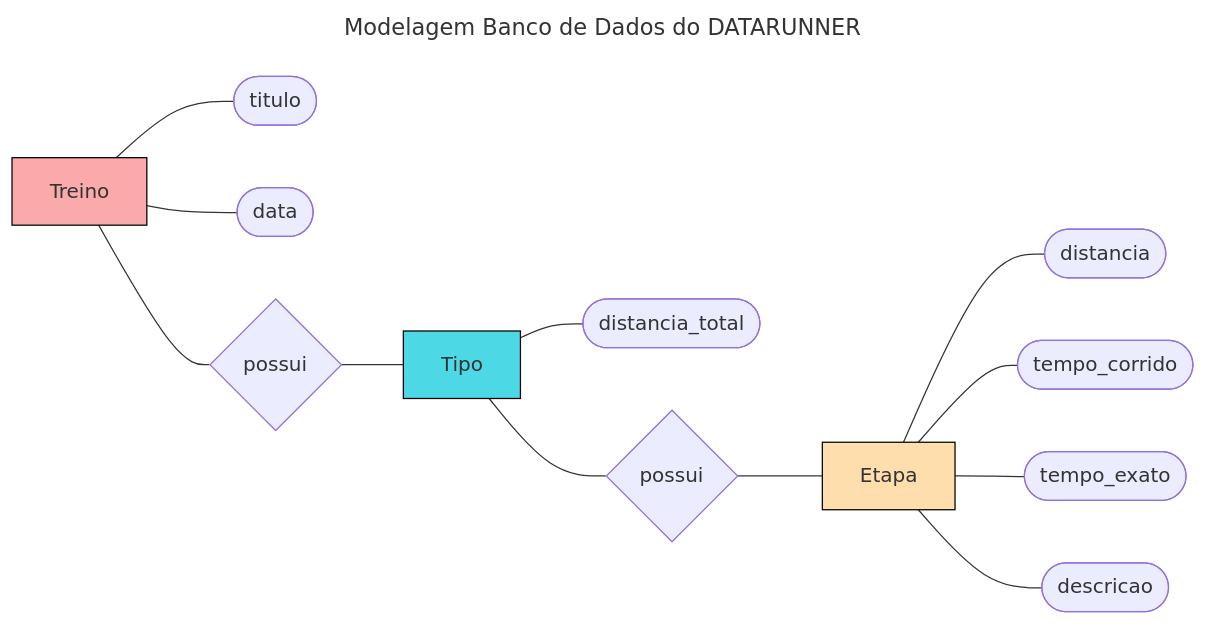
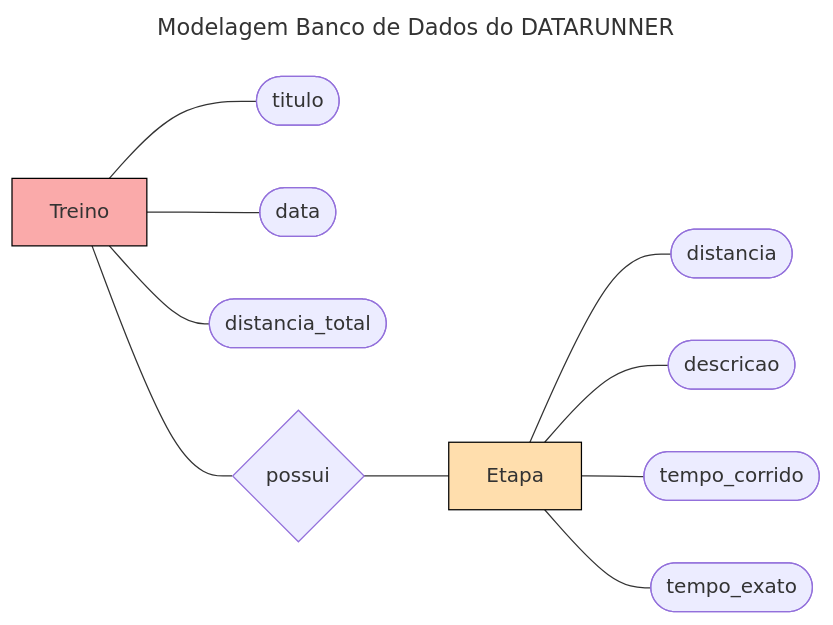
Before and after one commit to CarlosG18/datarunner: the diagram in backend/backend.md, drawn with Mermaid. The commit also changed other lines of this file and 13 other files, not shown here.

````diff
--- a/backend/backend.md
+++ b/backend/backend.md
@@ -49,41 +50,35 @@
 ```mermaid
 ---
 title: Modelagem Banco de Dados do DATARUNNER
 ---
 flowchart LR
     Treino
     titulo([titulo])
     data([data])
+    distancia_total([distancia_total])
     
     Treino --- titulo
     Treino --- data
-    
-    Tipo
-    distancia_total([distancia_total])
-
-    Tipo --- distancia_total
+    Treino --- distancia_total
 
     Etapa
     distancia([distancia])
+    descricao([descricao])
     tempo_corrido([tempo_corrido])
     tempo_exato([tempo_exato])
-    descricao([descricao])
 
     Etapa --- distancia
+    Etapa --- descricao
+
+    
     Etapa --- tempo_corrido
     Etapa --- tempo_exato
-    Etapa --- descricao
 
     style Treino fill:#FAAAAA,stroke:#000,stroke-width:1px
-    style Tipo fill:#4DD8E6,stroke:#000,stroke-width:1px
     style Etapa fill:#FFDEAD,stroke:#000,stroke-width:1px
     
     relacionamento1{possui}
-    relacionamento2{possui}
-
+    
     Treino --- relacionamento1
-    relacionamento1 --- Tipo
-
-    Tipo --- relacionamento2
-    relacionamento2 --- Etapa
+    relacionamento1 --- Etapa
 ```
````
